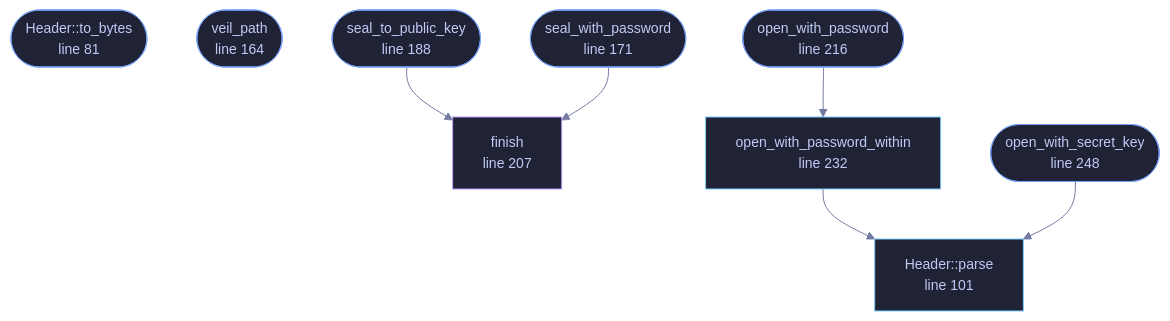
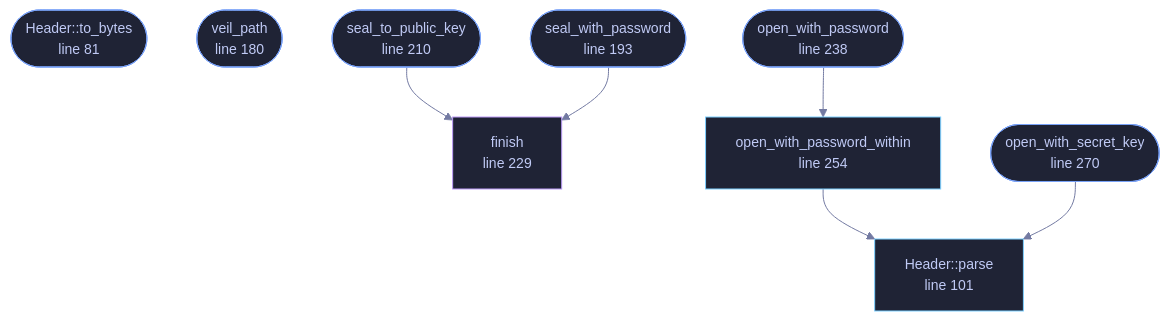
One commit to tilas01/veilvoice changed the diagram in docs/files/veilvoice-crypto/container.md. Above: the diagram before and after it, drawn with Mermaid. The commit also changed other lines of this file and 52 other files, not shown here.

````diff
--- a/docs/files/veilvoice-crypto/container.md
+++ b/docs/files/veilvoice-crypto/container.md
@@ -102,33 +102,33 @@
 ```mermaid
 %%{init: {"theme":"base","themeVariables":{"background":"#1a1b26","primaryColor":"#1f2335","primaryTextColor":"#c0caf5","primaryBorderColor":"#7aa2f7","secondaryColor":"#16161e","tertiaryColor":"#16161e","lineColor":"#737aa2","textColor":"#c0caf5","mainBkg":"#1f2335","nodeBorder":"#7aa2f7","clusterBkg":"#16161e","clusterBorder":"#2f3549","fontFamily":"ui-monospace, SFMono-Regular, Consolas, monospace","fontSize":"14px"}}}%%
 flowchart TD
     n_to_bytes(["Header::to_bytes<br/>line 81"])
     n_parse["Header::parse<br/>line 101"]
-    n_veil_path(["veil_path<br/>line 164"])
-    n_seal_with_password(["seal_with_password<br/>line 171"])
-    n_seal_to_public_key(["seal_to_public_key<br/>line 188"])
-    n_finish["finish<br/>line 207"]
-    n_open_with_password(["open_with_password<br/>line 216"])
-    n_open_with_password_within["open_with_password_within<br/>line 232"]
-    n_open_with_secret_key(["open_with_secret_key<br/>line 248"])
+    n_veil_path(["veil_path<br/>line 180"])
+    n_seal_with_password(["seal_with_password<br/>line 193"])
+    n_seal_to_public_key(["seal_to_public_key<br/>line 210"])
+    n_finish["finish<br/>line 229"]
+    n_open_with_password(["open_with_password<br/>line 238"])
+    n_open_with_password_within["open_with_password_within<br/>line 254"]
+    n_open_with_secret_key(["open_with_secret_key<br/>line 270"])
     n_open_with_password --> n_open_with_password_within
     n_open_with_password_within --> n_parse
     n_open_with_secret_key --> n_parse
     n_seal_to_public_key --> n_finish
     n_seal_with_password --> n_finish
     click n_to_bytes href "https://github.com/tilas01/veilvoice/blob/main/crates/veilvoice-crypto/src/container.rs#L81" "open the source"
     click n_parse href "https://github.com/tilas01/veilvoice/blob/main/crates/veilvoice-crypto/src/container.rs#L101" "open the source"
-    click n_veil_path href "https://github.com/tilas01/veilvoice/blob/main/crates/veilvoice-crypto/src/container.rs#L164" "open the source"
-    click n_seal_with_password href "https://github.com/tilas01/veilvoice/blob/main/crates/veilvoice-crypto/src/container.rs#L171" "open the source"
-    click n_seal_to_public_key href "https://github.com/tilas01/veilvoice/blob/main/crates/veilvoice-crypto/src/container.rs#L188" "open the source"
-    click n_finish href "https://github.com/tilas01/veilvoice/blob/main/crates/veilvoice-crypto/src/container.rs#L207" "open the source"
-    click n_open_with_password href "https://github.com/tilas01/veilvoice/blob/main/crates/veilvoice-crypto/src/container.rs#L216" "open the source"
-    click n_open_with_password_within href "https://github.com/tilas01/veilvoice/blob/main/crates/veilvoice-crypto/src/container.rs#L232" "open the source"
-    click n_open_with_secret_key href "https://github.com/tilas01/veilvoice/blob/main/crates/veilvoice-crypto/src/container.rs#L248" "open the source"
+    click n_veil_path href "https://github.com/tilas01/veilvoice/blob/main/crates/veilvoice-crypto/src/container.rs#L180" "open the source"
+    click n_seal_with_password href "https://github.com/tilas01/veilvoice/blob/main/crates/veilvoice-crypto/src/container.rs#L193" "open the source"
+    click n_seal_to_public_key href "https://github.com/tilas01/veilvoice/blob/main/crates/veilvoice-crypto/src/container.rs#L210" "open the source"
+    click n_finish href "https://github.com/tilas01/veilvoice/blob/main/crates/veilvoice-crypto/src/container.rs#L229" "open the source"
+    click n_open_with_password href "https://github.com/tilas01/veilvoice/blob/main/crates/veilvoice-crypto/src/container.rs#L238" "open the source"
+    click n_open_with_password_within href "https://github.com/tilas01/veilvoice/blob/main/crates/veilvoice-crypto/src/container.rs#L254" "open the source"
+    click n_open_with_secret_key href "https://github.com/tilas01/veilvoice/blob/main/crates/veilvoice-crypto/src/container.rs#L270" "open the source"
     classDef entry fill:#1f2335,stroke:#7aa2f7,color:#c0caf5
     class n_to_bytes,n_veil_path,n_seal_with_password,n_seal_to_public_key,n_open_with_password,n_open_with_secret_key entry
     classDef api fill:#1f2335,stroke:#7dcfff,color:#c0caf5
     class n_parse,n_open_with_password_within api
     classDef helper fill:#1f2335,stroke:#bb9af7,color:#c0caf5
     class n_finish helper
 ```
````
